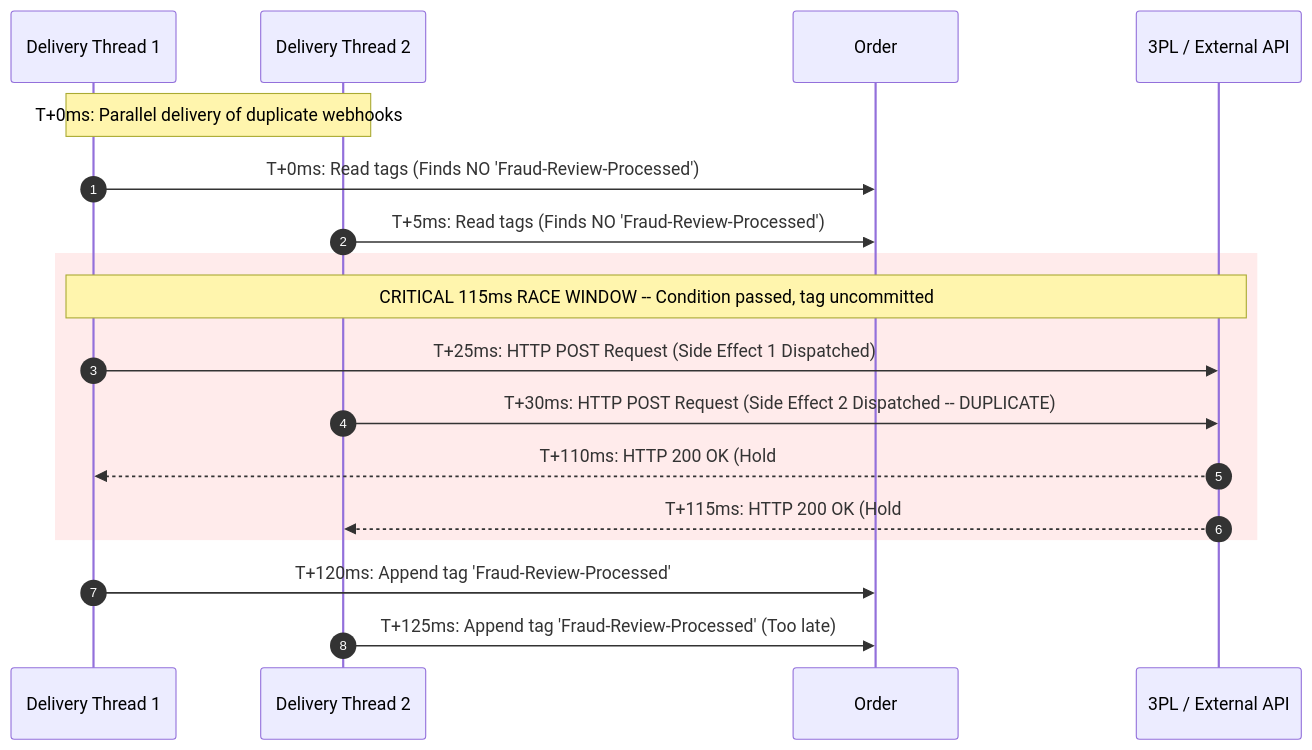
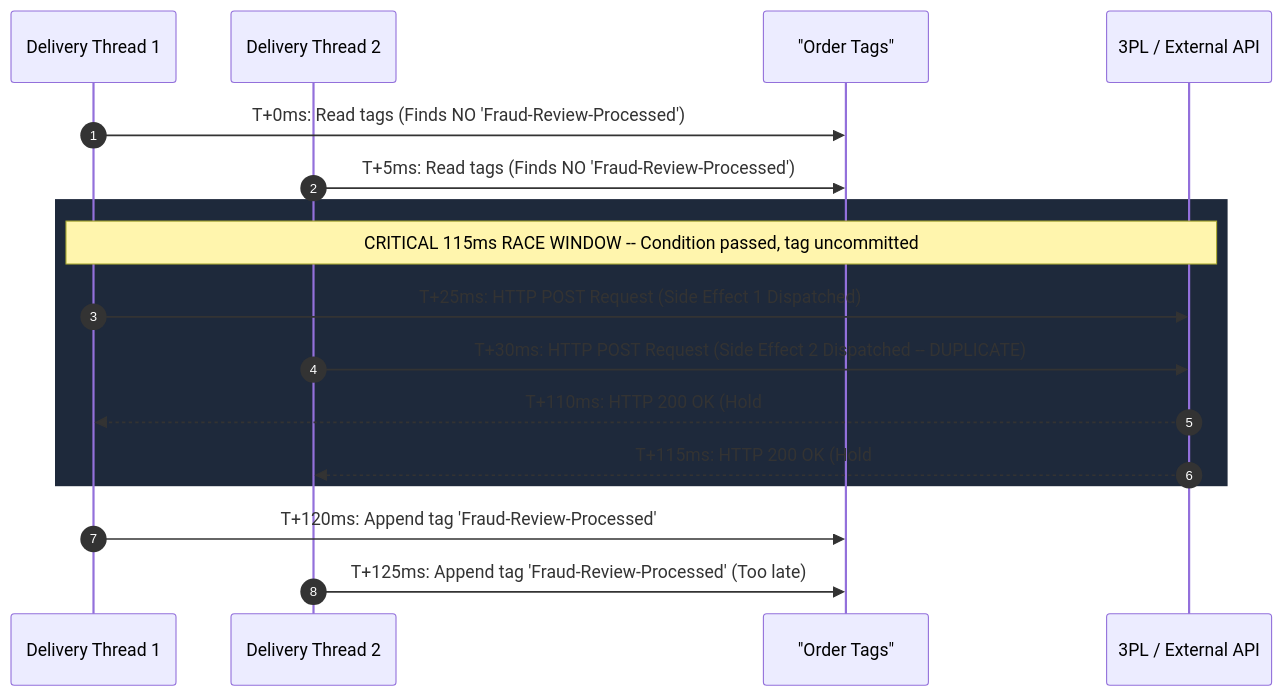
One commit to riovicsusas/portfolio changed the fourth of 7 diagrams in domain-4-business-automation/MasterDossier-Domain4-WebhookAutomationAndFlowTriage.md. Above: the diagram before and after it, drawn with Mermaid. The commit also changed other lines of this file, not shown here.

Commit message:
domain 4 7.2

````diff
--- a/domain-4-business-automation/MasterDossier-Domain4-WebhookAutomationAndFlowTriage.md
+++ b/domain-4-business-automation/MasterDossier-Domain4-WebhookAutomationAndFlowTriage.md
@@ -283,23 +283,22 @@
 ```mermaid
 sequenceDiagram
     autonumber
     participant D1 as Delivery Thread 1
     participant D2 as Delivery Thread 2
-    participant O as Order #24148 Tags
+    participant O as "Order Tags"
     participant F as 3PL / External API
 
-    Note over D1,D2: T+0ms: Parallel delivery of duplicate webhooks
     D1->>O: T+0ms: Read tags (Finds NO 'Fraud-Review-Processed')
     D2->>O: T+5ms: Read tags (Finds NO 'Fraud-Review-Processed')
 
-    rect rgb(255, 235, 235)
+    rect rgb(30, 41, 59)
     Note over D1,F: CRITICAL 115ms RACE WINDOW -- Condition passed, tag uncommitted
     D1->>F: T+25ms: HTTP POST Request (Side Effect 1 Dispatched)
     D2->>F: T+30ms: HTTP POST Request (Side Effect 2 Dispatched -- DUPLICATE)
     F-->>D1: T+110ms: HTTP 200 OK (Hold #1 Created)
     F-->>D2: T+115ms: HTTP 200 OK (Hold #2 Created)
     end
 
     D1->>O: T+120ms: Append tag 'Fraud-Review-Processed'
     D2->>O: T+125ms: Append tag 'Fraud-Review-Processed' (Too late)
 ```
````
